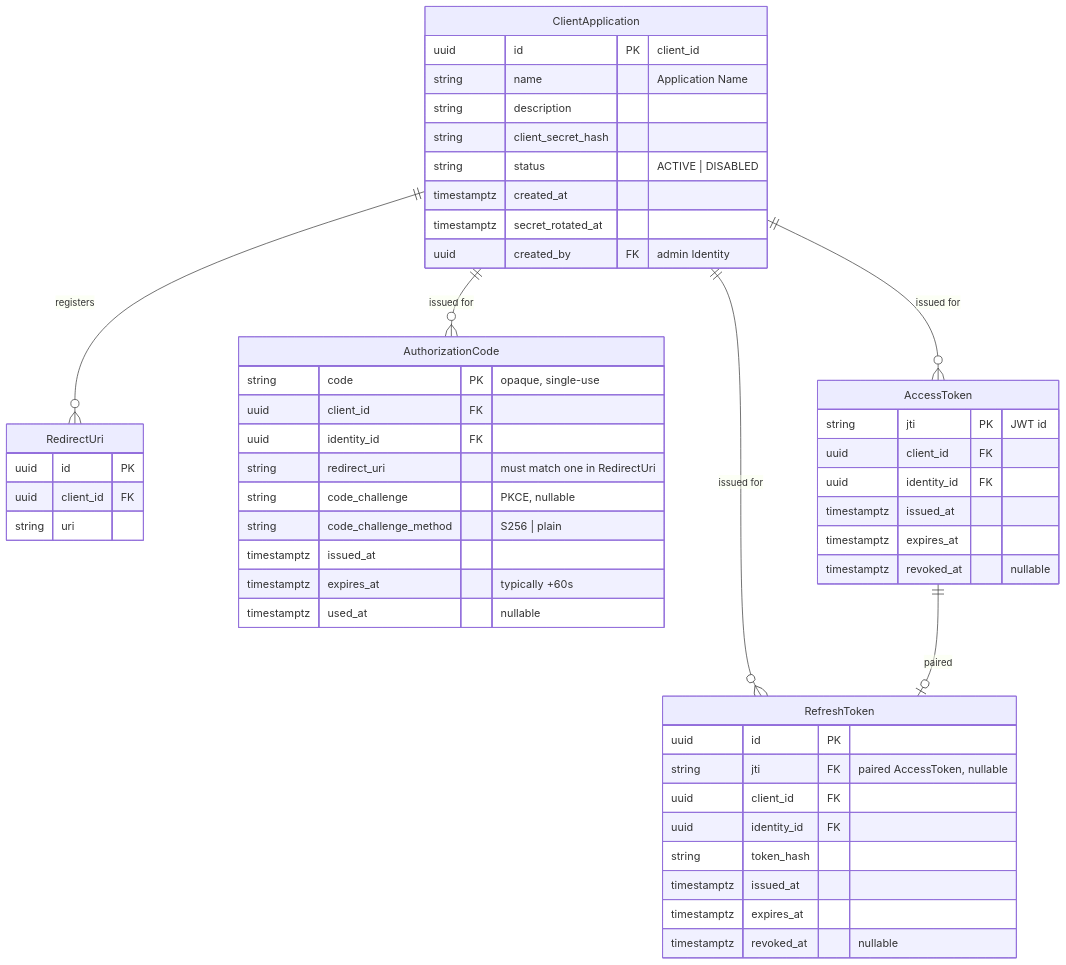
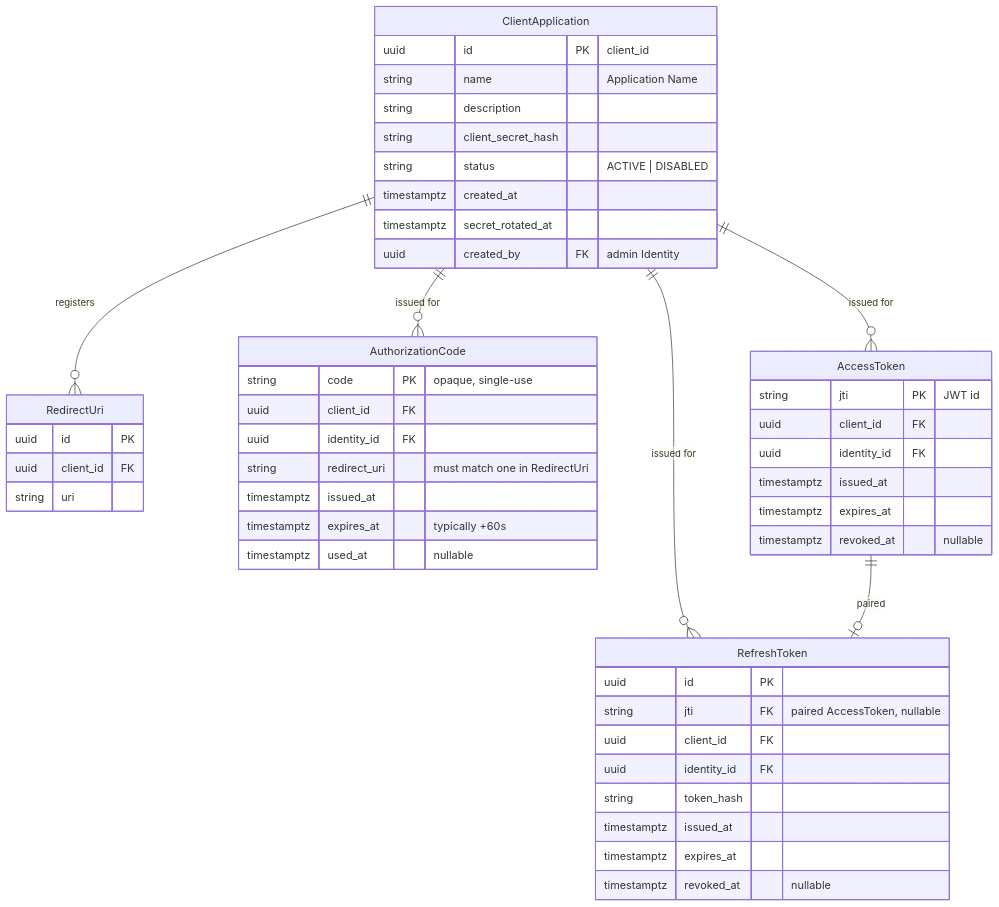
The third of 4 diagrams in design/ERD.md (mosup16/SW-IDP), drawn with Mermaid before and after one commit. The commit also changed other lines of this file and 3 other files, not shown here.

````diff
--- a/design/ERD.md
+++ b/design/ERD.md
@@ -105,57 +107,55 @@
 ```mermaid
 erDiagram
     ClientApplication {
         uuid id PK "client_id"
         string name "Application Name"
         string description
         string client_secret_hash
         string status "ACTIVE | DISABLED"
         timestamptz created_at
         timestamptz secret_rotated_at
         uuid created_by FK "admin Identity"
     }
 
     RedirectUri {
         uuid id PK
         uuid client_id FK
         string uri
     }
 
     AuthorizationCode {
         string code PK "opaque, single-use"
         uuid client_id FK
         uuid identity_id FK
         string redirect_uri "must match one in RedirectUri"
-        string code_challenge "PKCE, nullable"
-        string code_challenge_method "S256 | plain"
         timestamptz issued_at
         timestamptz expires_at "typically +60s"
         timestamptz used_at "nullable"
     }
 
     AccessToken {
         string jti PK "JWT id"
         uuid client_id FK
         uuid identity_id FK
         timestamptz issued_at
         timestamptz expires_at
         timestamptz revoked_at "nullable"
     }
 
     RefreshToken {
         uuid id PK
         string jti FK "paired AccessToken, nullable"
         uuid client_id FK
         uuid identity_id FK
         string token_hash
         timestamptz issued_at
         timestamptz expires_at
         timestamptz revoked_at "nullable"
     }
 
     ClientApplication ||--o{ RedirectUri : "registers"
     ClientApplication ||--o{ AuthorizationCode : "issued for"
     ClientApplication ||--o{ AccessToken : "issued for"
     ClientApplication ||--o{ RefreshToken : "issued for"
     AccessToken ||--o| RefreshToken : "paired"
 ```
````
